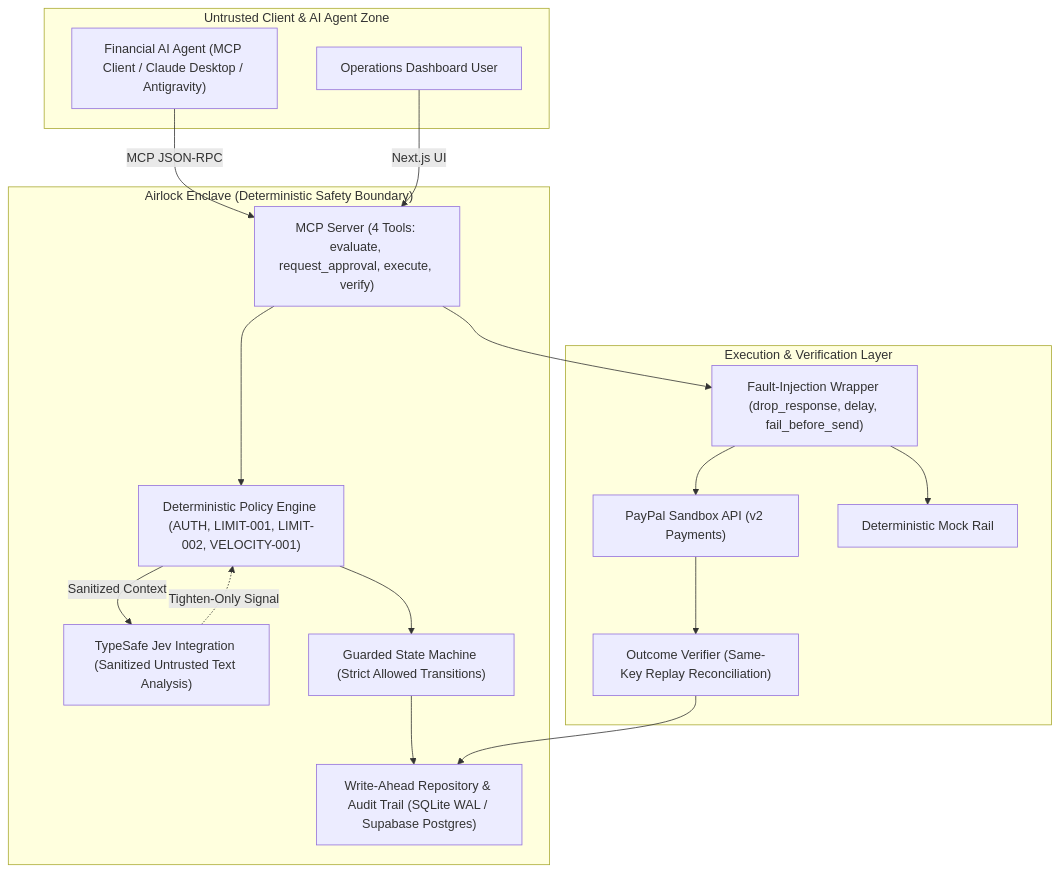
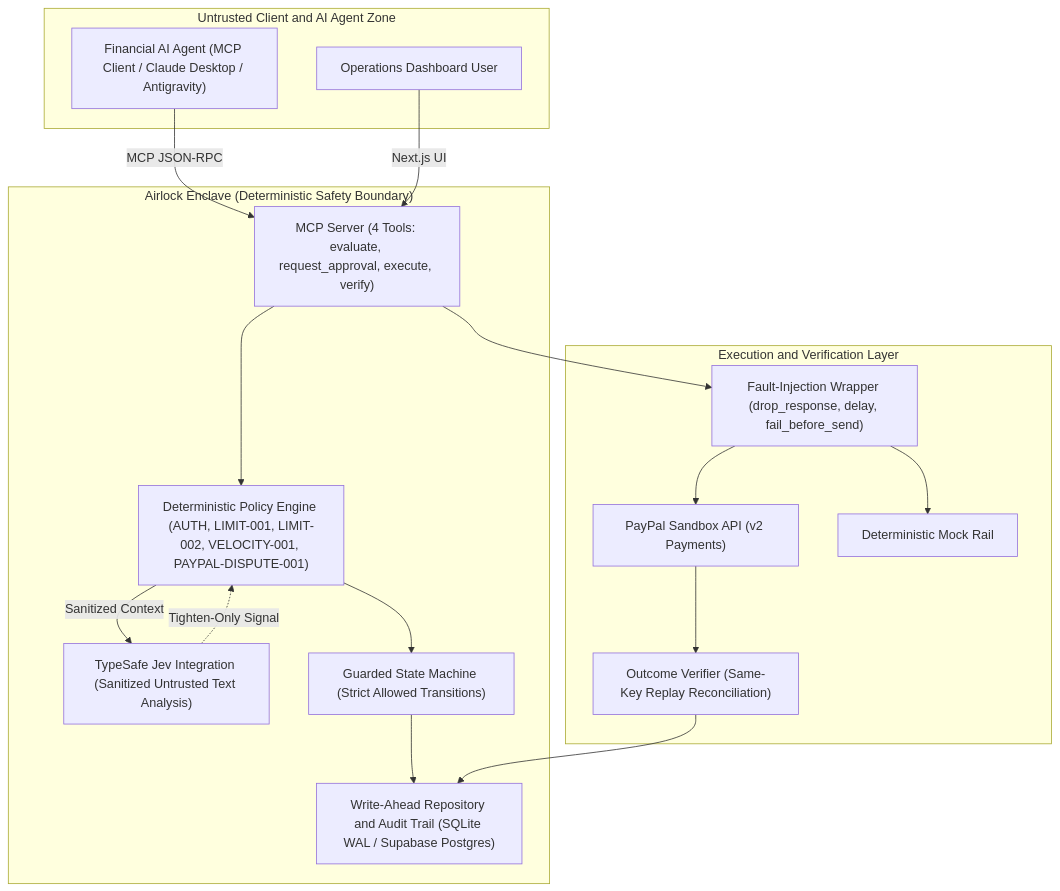
One commit to SYNTHOS7/Airlock changed the second of 3 diagrams in README.md. Above: the diagram before and after it, drawn with Mermaid. The commit also changed other lines of this file and 3 other files, not shown here.

Commit message:
docs(readme): fix mermaid sequence diagram syntax, LaTeX math block, and update benchmark stats

````diff
--- a/README.md
+++ b/README.md
@@ -66,35 +66,35 @@
 ```mermaid
 flowchart TD
-    subgraph UntrustedZone["Untrusted Client & AI Agent Zone"]
+    subgraph UntrustedZone["Untrusted Client and AI Agent Zone"]
         Agent["Financial AI Agent (MCP Client / Claude Desktop / Antigravity)"]
         User["Operations Dashboard User"]
     end
 
     subgraph AirlockCore["Airlock Enclave (Deterministic Safety Boundary)"]
         MCP["MCP Server (4 Tools: evaluate, request_approval, execute, verify)"]
-        PolicyEngine["Deterministic Policy Engine (AUTH, LIMIT-001, LIMIT-002, VELOCITY-001)"]
+        PolicyEngine["Deterministic Policy Engine (AUTH, LIMIT-001, LIMIT-002, VELOCITY-001, PAYPAL-DISPUTE-001)"]
         JevIntegration["TypeSafe Jev Integration (Sanitized Untrusted Text Analysis)"]
         StateMachine["Guarded State Machine (Strict Allowed Transitions)"]
-        Repo["Write-Ahead Repository & Audit Trail (SQLite WAL / Supabase Postgres)"]
+        Repo["Write-Ahead Repository and Audit Trail (SQLite WAL / Supabase Postgres)"]
     end
 
-    subgraph Rails["Execution & Verification Layer"]
+    subgraph Rails["Execution and Verification Layer"]
         PayPal["PayPal Sandbox API (v2 Payments)"]
         MockRail["Deterministic Mock Rail"]
         FaultWrapper["Fault-Injection Wrapper (drop_response, delay, fail_before_send)"]
         Verifier["Outcome Verifier (Same-Key Replay Reconciliation)"]
     end
 
     Agent -->|"MCP JSON-RPC"| MCP
     User -->|"Next.js UI"| MCP
     MCP --> PolicyEngine
     PolicyEngine -->|"Sanitized Context"| JevIntegration
     JevIntegration -.->|"Tighten-Only Signal"| PolicyEngine
     PolicyEngine --> StateMachine
     StateMachine --> Repo
     MCP --> FaultWrapper
     FaultWrapper --> PayPal
     FaultWrapper --> MockRail
     PayPal --> Verifier
     Verifier --> Repo
 ```
````
